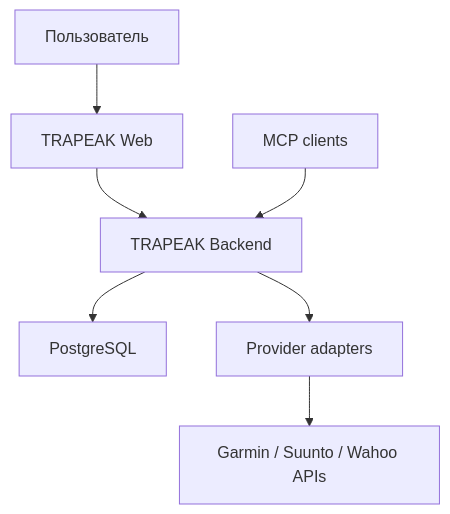
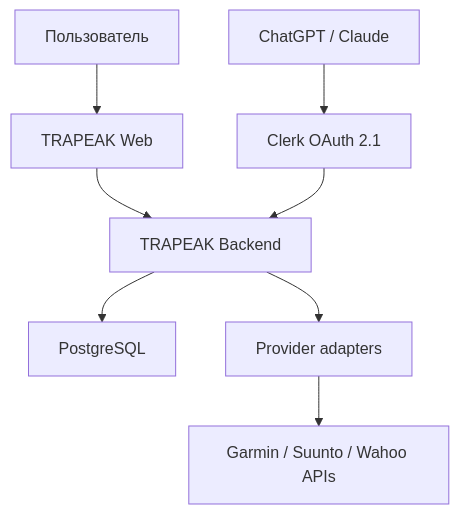
The diagram in docs/architecture/overview.md (iltoky/trapeak), drawn with Mermaid before and after one commit. The commit also changed other lines of this file and 24 other files, not shown here.

````diff
--- a/docs/architecture/overview.md
+++ b/docs/architecture/overview.md
@@ -7,9 +7,10 @@
 ```mermaid
 flowchart TD
     U["Пользователь"] --> W["TRAPEAK Web"]
     W --> B["TRAPEAK Backend"]
     B --> DB["PostgreSQL"]
     B --> P["Provider adapters"]
     P --> G["Garmin / Suunto / Wahoo APIs"]
-    M["MCP clients"] --> B
+    M["ChatGPT / Claude"] --> O["Clerk OAuth 2.1"]
+    O --> B
 ```
````
